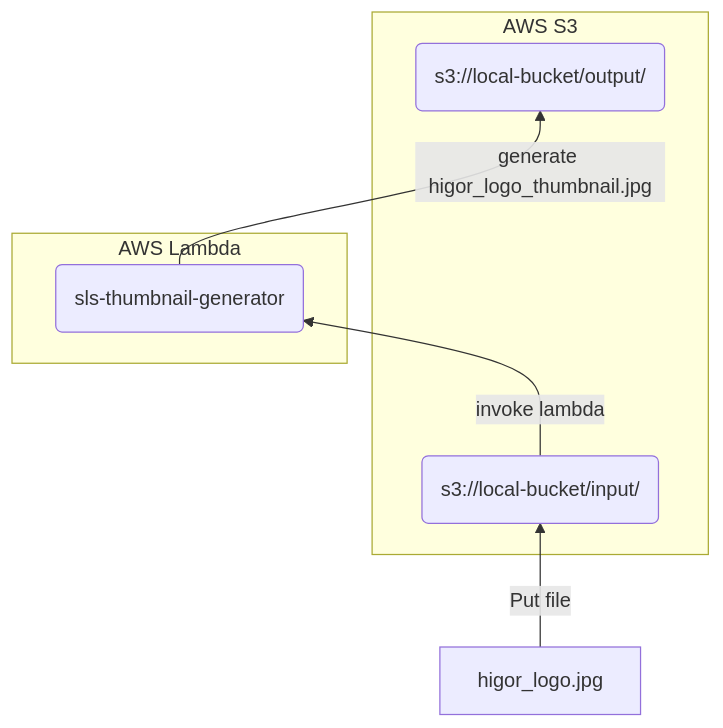
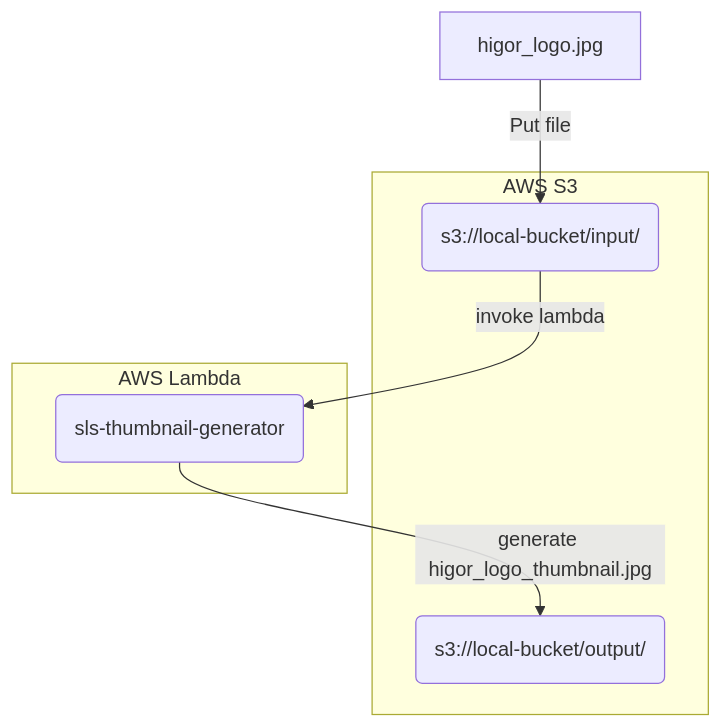
One commit to osmandi/portfolio changed the diagram in thumbnail-generator/README.md. Above: the diagram before and after it, drawn with Mermaid. The commit also changed other lines of this file, not shown here.

Commit message:
Change diagram and remove an improve note

````diff
--- a/thumbnail-generator/README.md
+++ b/thumbnail-generator/README.md
@@ -14,13 +14,13 @@
 ```mermaid
-flowchart BT
+flowchart TB
     subgraph "AWS S3"
     input("s3://local-bucket/input/")
     output("s3://local-bucket/output/")
     end
     subgraph "AWS Lambda"
     sls("sls-thumbnail-generator")
     end
     A["higor_logo.jpg"] -- Put file --> input
     input -- invoke lambda --> sls
     sls -- generate higor_logo_thumbnail.jpg --> output
 ```
````
